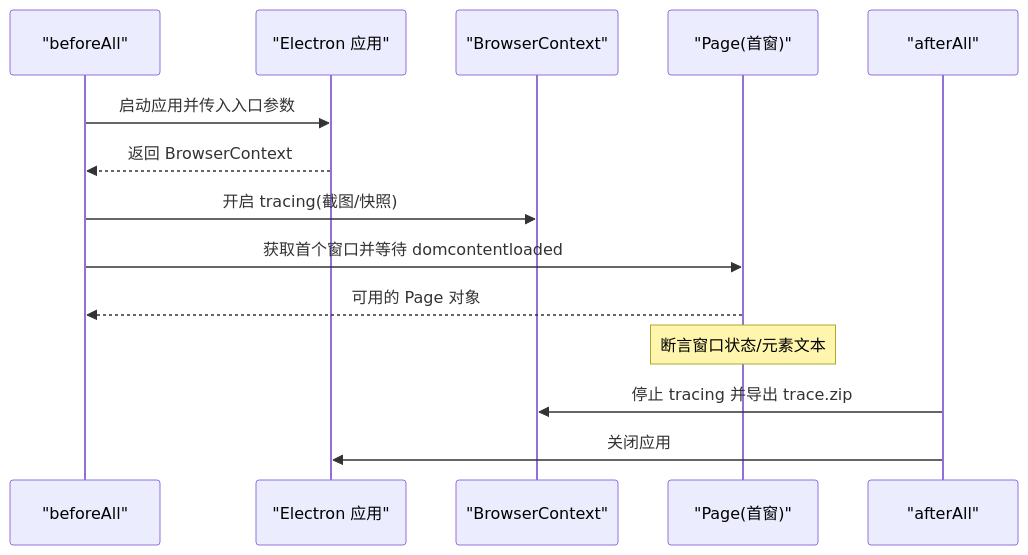
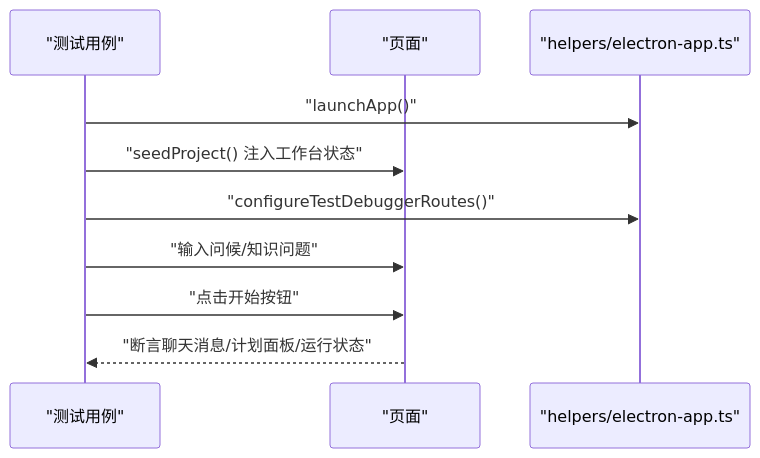
The third of 6 diagrams in .qoder/repowiki/zh/content/测试策略/端到端测试.md (haolange/RDC-Agent), drawn with Mermaid before and after one commit. The commit also changed other lines of this file and 84 other files, not shown here.

````diff
--- a/.qoder/repowiki/zh/content/测试策略/端到端测试.md
+++ b/.qoder/repowiki/zh/content/测试策略/端到端测试.md
@@ -164,16 +119,12 @@
 ```mermaid
 sequenceDiagram
-participant B as "beforeAll"
-participant E as "Electron 应用"
-participant C as "BrowserContext"
-participant W as "Page(首窗)"
-participant A as "afterAll"
-B->>E : 启动应用并传入入口参数
-E-->>B : 返回 BrowserContext
-B->>C : 开启 tracing(截图/快照)
-B->>W : 获取首个窗口并等待 domcontentloaded
-W-->>B : 可用的 Page 对象
-Note over W : 断言窗口状态/元素文本
-A->>C : 停止 tracing 并导出 trace.zip
-A->>E : 关闭应用
+participant T as "测试用例"
+participant P as "页面"
+participant H as "helpers/electron-app.ts"
+T->>H : "launchApp()"
+T->>P : "seedProject() 注入工作台状态"
+T->>H : "configureTestDebuggerRoutes()"
+T->>P : "输入问候/知识问题"
+T->>P : "点击开始按钮"
+P-->>T : "断言聊天消息/计划面板/运行状态"
 ```
````
